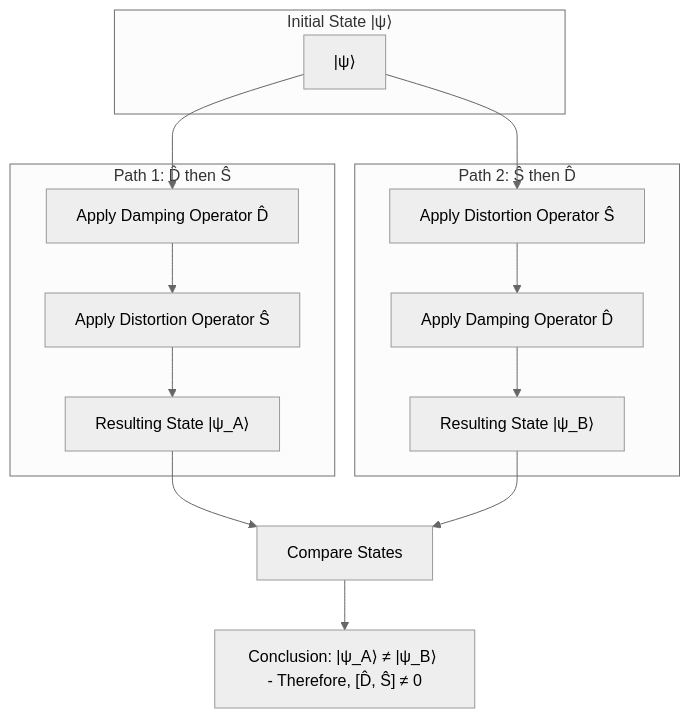
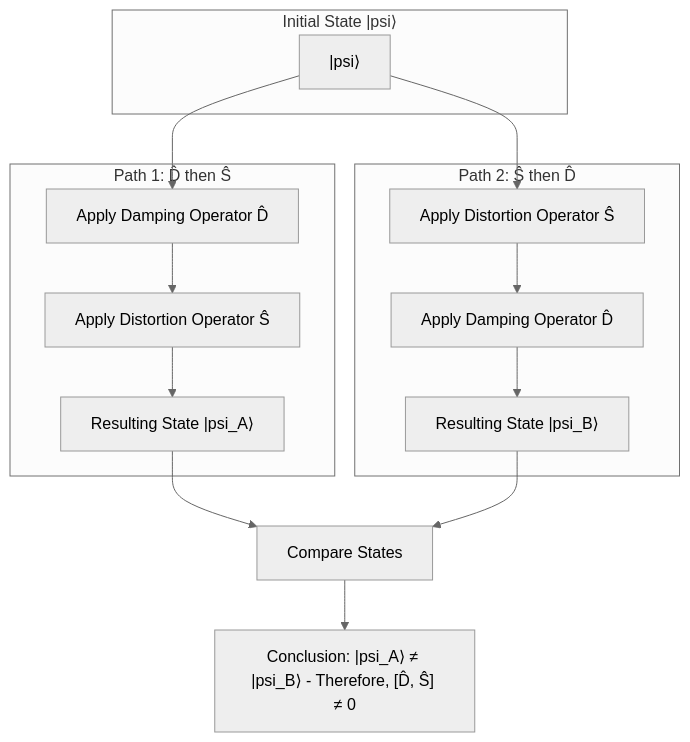
One commit to Foundup/Foundups-Agent changed the second of 13 diagrams in WSP_knowledge/docs/Papers/Patent_Series/04_rESP_Patent_Updated.md. Above: the diagram before and after it, drawn with Mermaid (neutral theme). The commit also changed other lines of this file and 1 other file, not shown here.

First line of the commit message:
FIX: Complete Mermaid parsing error resolution across all 13 patent figures

````diff
--- a/WSP_knowledge/docs/Papers/Patent_Series/04_rESP_Patent_Updated.md
+++ b/WSP_knowledge/docs/Papers/Patent_Series/04_rESP_Patent_Updated.md
@@ -195,18 +195,18 @@
 ```mermaid
 graph TD
-    subgraph "Initial State |ψ⟩"
-        A["|ψ⟩"]
+    subgraph "Initial State |psi⟩"
+        A["|psi⟩"]
     end
 
     subgraph "Path 1: D̂ then Ŝ"
-        A --> D1["Apply Damping Operator D̂"] --> S1["Apply Distortion Operator Ŝ"] --> R1["Resulting State |ψ_A⟩"]
+        A --> D1["Apply Damping Operator D̂"] --> S1["Apply Distortion Operator Ŝ"] --> R1["Resulting State |psi_A⟩"]
     end
 
     subgraph "Path 2: Ŝ then D̂"
-        A --> S2["Apply Distortion Operator Ŝ"] --> D2["Apply Damping Operator D̂"] --> R2["Resulting State |ψ_B⟩"]
+        A --> S2["Apply Distortion Operator Ŝ"] --> D2["Apply Damping Operator D̂"] --> R2["Resulting State |psi_B⟩"]
     end
 
     R1 --> F["Compare States"]
     R2 --> F
-    F --> G["Conclusion: |ψ_A⟩ ≠ |ψ_B⟩ - Therefore, [D̂, Ŝ] ≠ 0"]
+    F --> G["Conclusion: |psi_A⟩ ≠ |psi_B⟩ - Therefore, [D̂, Ŝ] ≠ 0"]
 ```
````
